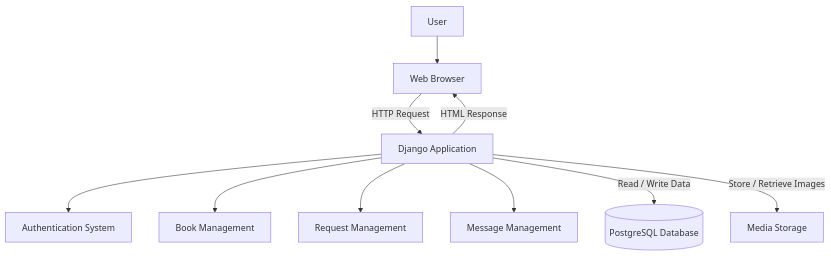
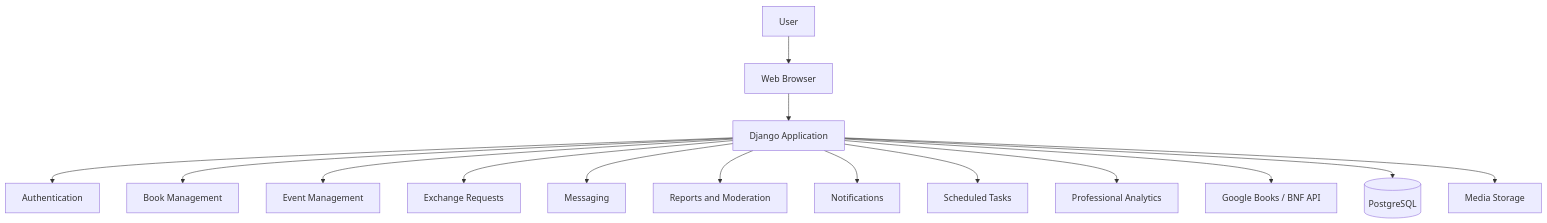
One commit to Handroc/Livract-project changed the first of 5 diagrams in README.md. Above: the diagram before and after it, drawn with Mermaid. The commit also changed other lines of this file, not shown here.

````diff
--- a/README.md
+++ b/README.md
@@ -84,12 +112,17 @@
 ```mermaid
 flowchart TD
     User[User] --> Browser[Web Browser]
-    Browser -->|HTTP Request| Django[Django Application]
-    Django --> Auth[Authentication System]
+    Browser --> Django[Django Application]
+    Django --> Auth[Authentication]
     Django --> Books[Book Management]
-    Django --> Requests[Request Management]
-    Django --> Messages[Message Management]
-    Django -->|Read / Write Data| DB[(PostgreSQL Database)]
-    Django -->|Store / Retrieve Images| Media[Media Storage]
-    Django -->|HTML Response| Browser
+    Django --> Events[Event Management]
+    Django --> Requests[Exchange Requests]
+    Django --> Messages[Messaging]
+    Django --> Moderation[Reports and Moderation]
+    Django --> Notifications[Notifications]
+    Django --> Tasks[Scheduled Tasks]
+    Django --> Analytics[Professional Analytics]
+    Django --> ExternalAPI[Google Books / BNF API]
+    Django --> DB[(PostgreSQL)]
+    Django --> Media[Media Storage]
 ```
````
